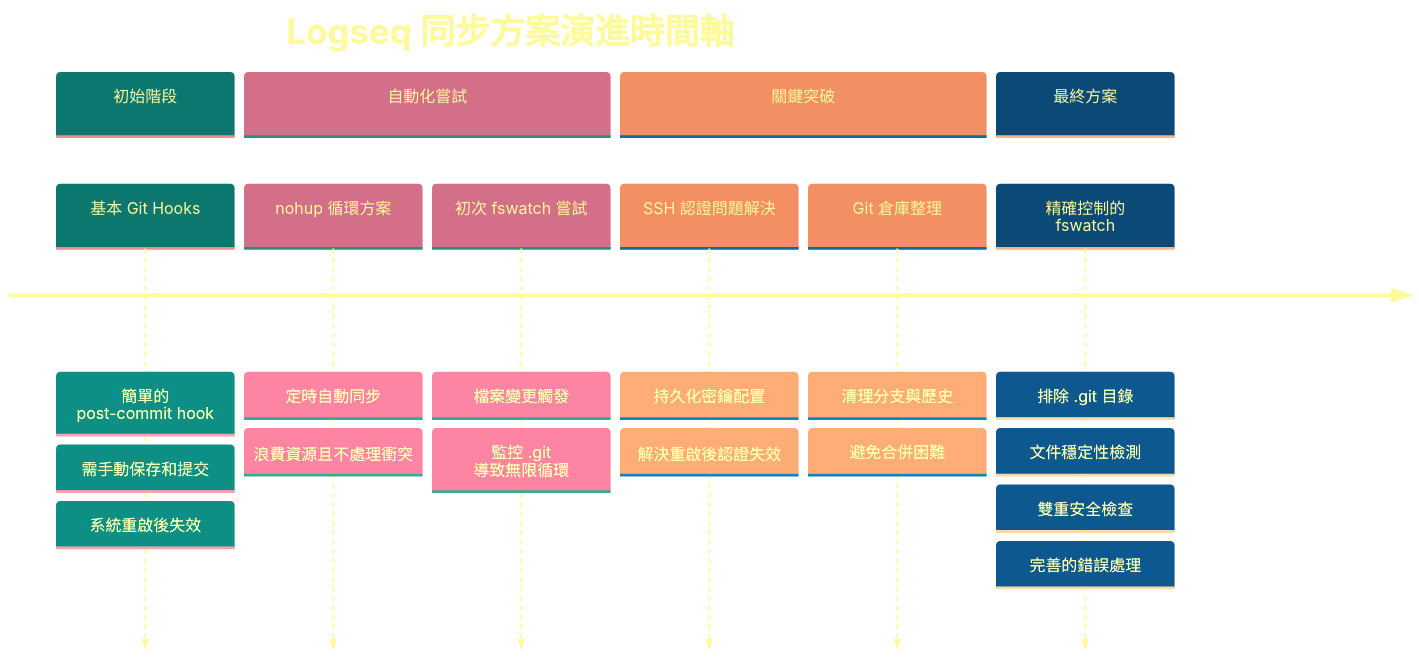
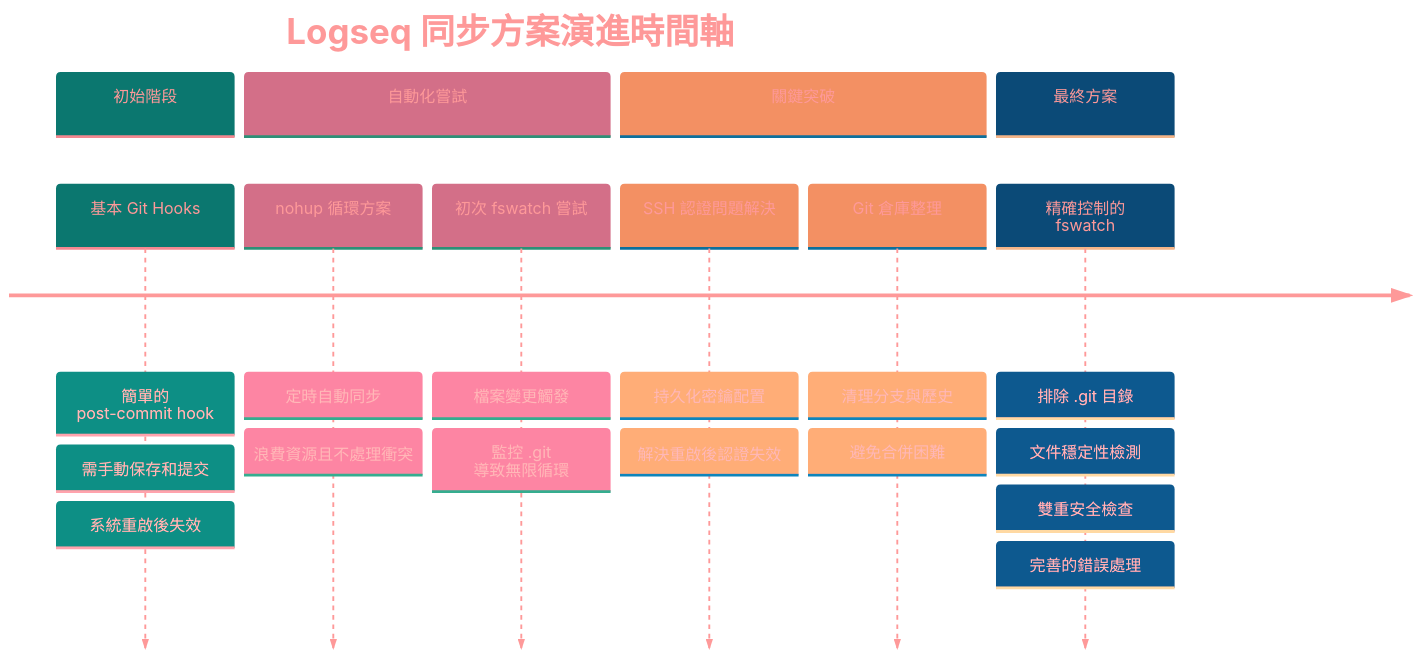
Before and after one commit to GengGeng026/Sync-Logseq: the first of 2 diagrams in Logseq同步方案演進記錄.md, drawn with Mermaid.

Commit message:
Auto saved by Logseq

````diff
--- a/Logseq同步方案演進記錄.md
+++ b/Logseq同步方案演進記錄.md
@@ -24,38 +24,38 @@
 ```mermaid
 %%{init: {
   'theme': 'base', 
   'themeVariables': {
-    'primaryTextColor': '#FEF999',
+    'primaryTextColor': '#FE9999',
     'primaryColor': '#19E9D9',
     'secondaryColor': '#F1D1D9',
     'tertiaryColor': '#FCE4D9',
     'primaryBorderColor': '#A9D9D9',
     'background': 'transparent',
     'clusterBkg': 'transparent',
     'fontFamily': 'default',
     'fontSize': '17px',
     'fontWeight': 'normal'
   }
 }}%%
 timeline
     title Logseq 同步方案演進時間軸
     section 初始階段
         基本 Git Hooks : 簡單的 post-commit hook
         : 需手動保存和提交
         : 系統重啟後失效
     section 自動化嘗試
         nohup 循環方案 : 定時自動同步
         : 浪費資源且不處理衝突
         初次 fswatch 嘗試 : 檔案變更觸發
         : 監控 .git 導致無限循環
     section 關鍵突破
         SSH 認證問題解決 : 持久化密鑰配置
         : 解決重啟後認證失效
         Git 倉庫整理 : 清理分支與歷史
         : 避免合併困難
     section 最終方案
         精確控制的 fswatch : 排除 .git 目錄
         : 文件穩定性檢測
         : 雙重安全檢查
         : 完善的錯誤處理
 ```
````
